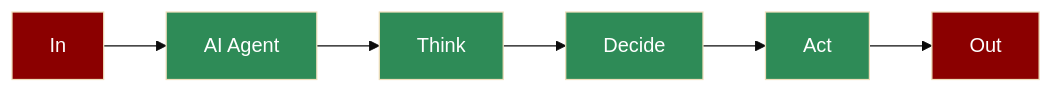
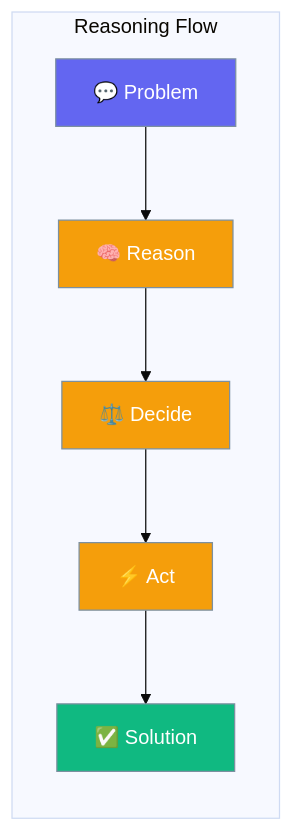
The first of 2 diagrams in docs/features/reasoning.mdx (MervinPraison/PraisonAIDocs), drawn with Mermaid (base theme) before and after one commit. The commit also changed other lines of this file and 6 other files, not shown here.

````diff
--- a/docs/features/reasoning.mdx
+++ b/docs/features/reasoning.mdx
@@ -7,15 +10,17 @@
 ```mermaid
-flowchart LR
-    In[In] --> Agent[AI Agent]
-    Agent --> Think[Think]
-    Think --> Decide[Decide]
-    Decide --> Act[Act]
-    Act --> Out[Out]
-    
-    style In fill:#8B0000,color:#fff
-    style Agent fill:#2E8B57,color:#fff
-    style Think fill:#2E8B57,color:#fff
-    style Decide fill:#2E8B57,color:#fff
-    style Act fill:#2E8B57,color:#fff
-    style Out fill:#8B0000,color:#fff
+graph LR
+    subgraph "Reasoning Flow"
+        Input["💬 Problem"] --> Think["🧠 Reason"]
+        Think --> Decide["⚖️ Decide"]
+        Decide --> Act["⚡ Act"]
+        Act --> Output["✅ Solution"]
+    end
+
+    classDef input fill:#6366F1,stroke:#7C90A0,color:#fff
+    classDef process fill:#F59E0B,stroke:#7C90A0,color:#fff
+    classDef output fill:#10B981,stroke:#7C90A0,color:#fff
+
+    class Input input
+    class Think,Decide,Act process
+    class Output output
 ```
````
